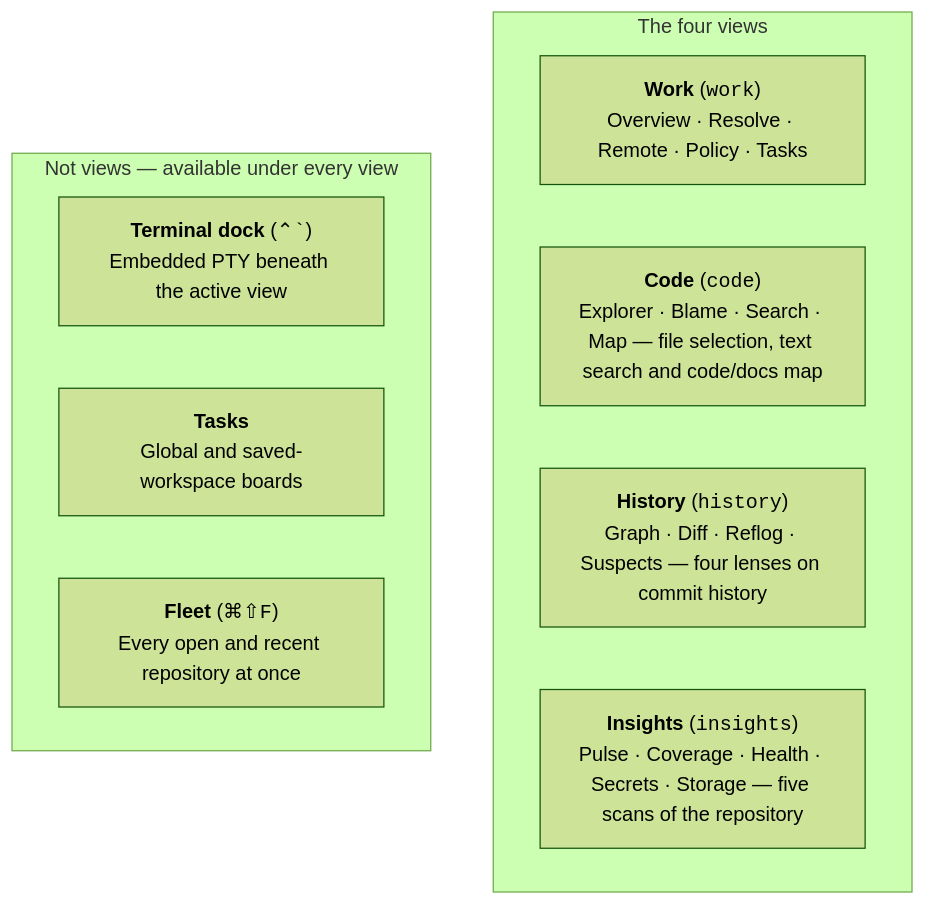
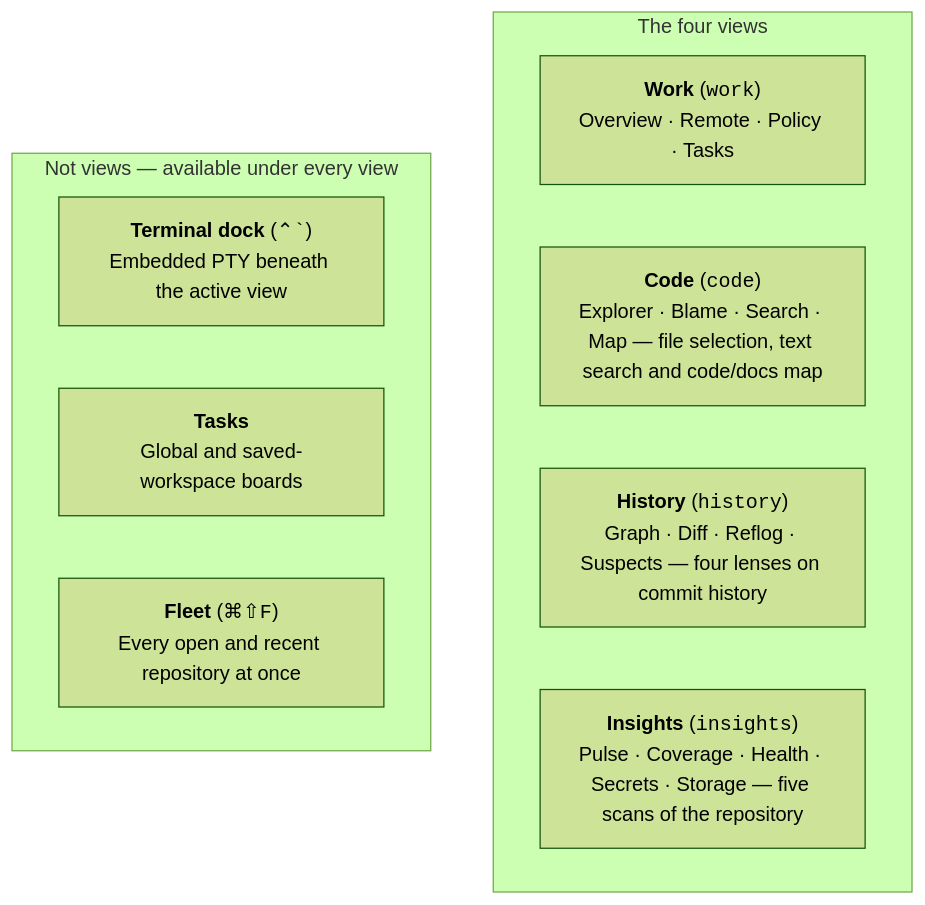
The first of 4 diagrams in docs/FEATURES.md (bharathvbcr/GitPulse), drawn with Mermaid (forest theme) before and after one commit. The commit also changed other lines of this file and 36 other files, not shown here.

First line of the commit message:
feat(work): fold Resolve into Policy — the conflict editor leads Policy while there are conflicts, a parked operation or a failed probe

````diff
--- a/docs/FEATURES.md
+++ b/docs/FEATURES.md
@@ -50,15 +50,15 @@
 ```mermaid
 flowchart TD
     subgraph ViewGroup["The four views"]
-        Work["<b>Work</b> (<code>work</code>)<br/>Overview · Resolve · Remote · Policy · Tasks"]
+        Work["<b>Work</b> (<code>work</code>)<br/>Overview · Remote · Policy · Tasks"]
         Code["<b>Code</b> (<code>code</code>)<br/>Explorer · Blame · Search · Map — file selection, text search and code/docs map"]
         History["<b>History</b> (<code>history</code>)<br/>Graph · Diff · Reflog · Suspects — four lenses on commit history"]
         Insights["<b>Insights</b> (<code>insights</code>)<br/>Pulse · Coverage · Health · Secrets · Storage — five scans of the repository"]
     end
 
     subgraph NotViews["Not views — available under every view"]
         Terminal["<b>Terminal dock</b> (<code>⌃`</code>)<br/>Embedded PTY beneath the active view"]
         Tasks["<b>Tasks</b><br/>Global and saved-workspace boards"]
         Fleet["<b>Fleet</b> (<code>⌘⇧F</code>)<br/>Every open and recent repository at once"]
     end
 ```
````
